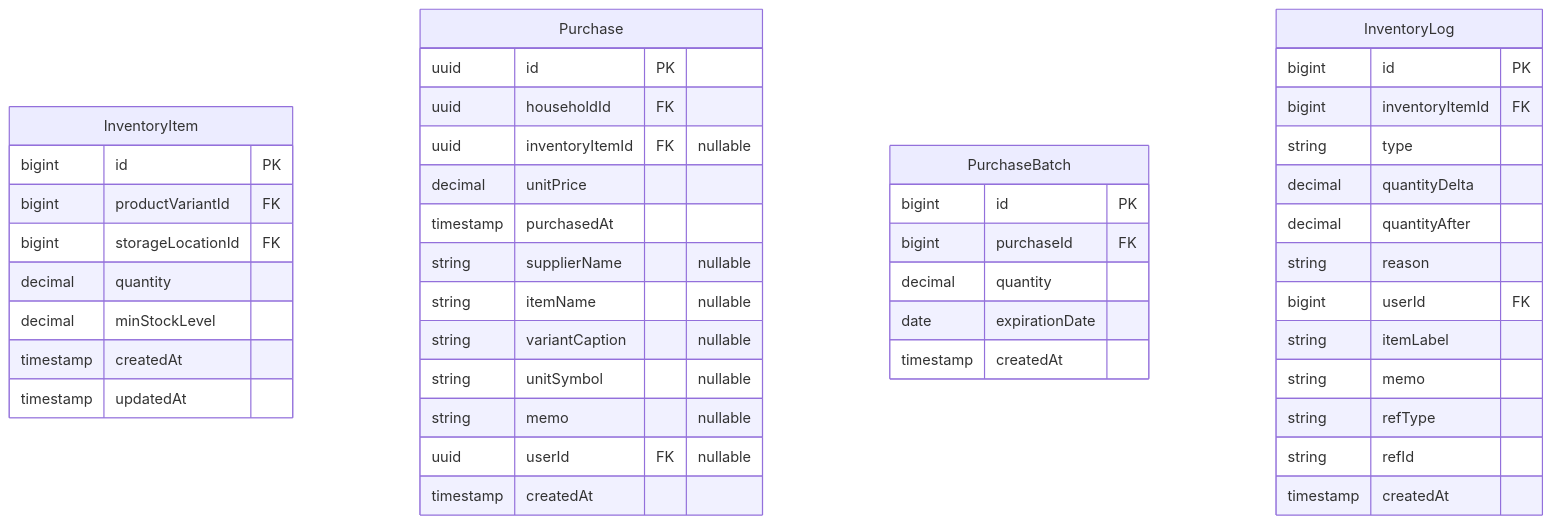
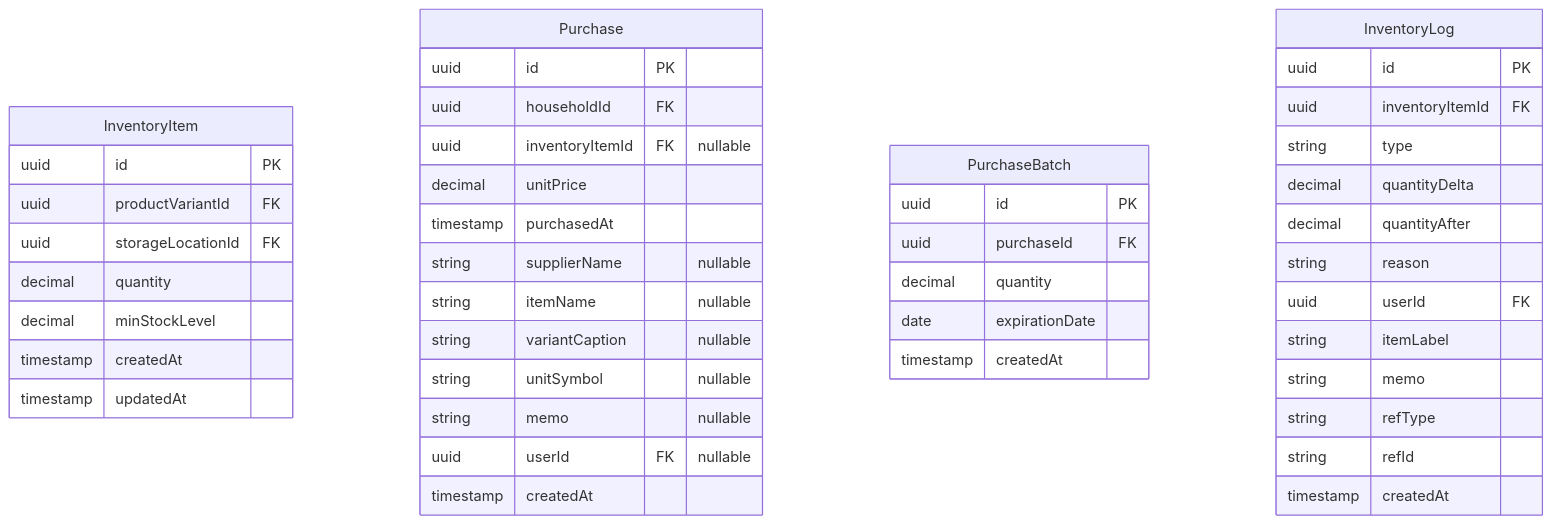
Before and after one commit to wukdddang/home-inventory-manager: the fifth of 7 diagrams in docs/design/v2/entity-logical-design.md, drawn with Mermaid. The commit also changed other lines of this file and 2 other files, not shown here.

First line of the commit message:
docs: 논리적 설계 PK/FK bigint→uuid 일괄 수정 및 인프라 문서 갱신

````diff
--- a/docs/design/v2/entity-logical-design.md
+++ b/docs/design/v2/entity-logical-design.md
@@ -256,47 +256,47 @@
 ```mermaid
 erDiagram
     InventoryItem {
-        bigint id PK
-        bigint productVariantId FK
-        bigint storageLocationId FK
+        uuid id PK
+        uuid productVariantId FK
+        uuid storageLocationId FK
         decimal quantity
         decimal minStockLevel
         timestamp createdAt
         timestamp updatedAt
     }
     Purchase {
         uuid id PK
         uuid householdId FK
         uuid inventoryItemId FK "nullable"
         decimal unitPrice
         timestamp purchasedAt
         string supplierName "nullable"
         string itemName "nullable"
         string variantCaption "nullable"
         string unitSymbol "nullable"
         string memo "nullable"
         uuid userId FK "nullable"
         timestamp createdAt
     }
     PurchaseBatch {
-        bigint id PK
-        bigint purchaseId FK
+        uuid id PK
+        uuid purchaseId FK
         decimal quantity
         date expirationDate
         timestamp createdAt
     }
     InventoryLog {
-        bigint id PK
-        bigint inventoryItemId FK
+        uuid id PK
+        uuid inventoryItemId FK
         string type
         decimal quantityDelta
         decimal quantityAfter
         string reason
-        bigint userId FK
+        uuid userId FK
         string itemLabel
         string memo
         string refType
         string refId
         timestamp createdAt
     }
 ```
````
